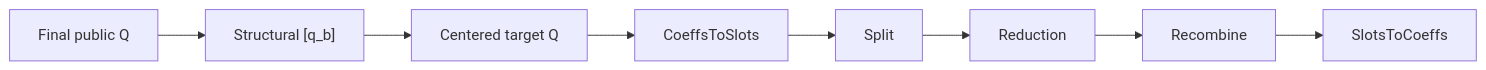
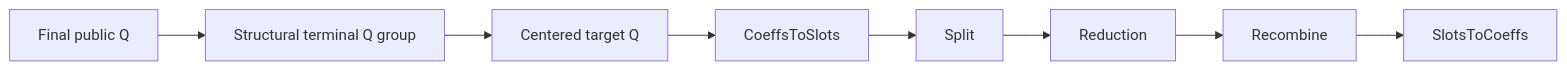
The diagram in docs/how-to/implement-bootstrap-component.md (visualDust/fhelium), drawn with Mermaid before and after one commit. The commit also changed other lines of this file and 369 other files, not shown here.

````diff
--- a/docs/how-to/implement-bootstrap-component.md
+++ b/docs/how-to/implement-bootstrap-component.md
@@ -260,13 +260,13 @@
 ```mermaid
 flowchart LR
     FINAL[Final public Q]
-    BASE["Structural [q_b]"]
+    BASE["Structural terminal Q group"]
     RAISED[Centered target Q]
     C2S[CoeffsToSlots]
     SPLIT[Split]
     REDUCE[Reduction]
     RECOMBINE[Recombine]
     S2C[SlotsToCoeffs]
 
     FINAL --> BASE --> RAISED --> C2S --> SPLIT --> REDUCE --> RECOMBINE --> S2C
 ```
````
